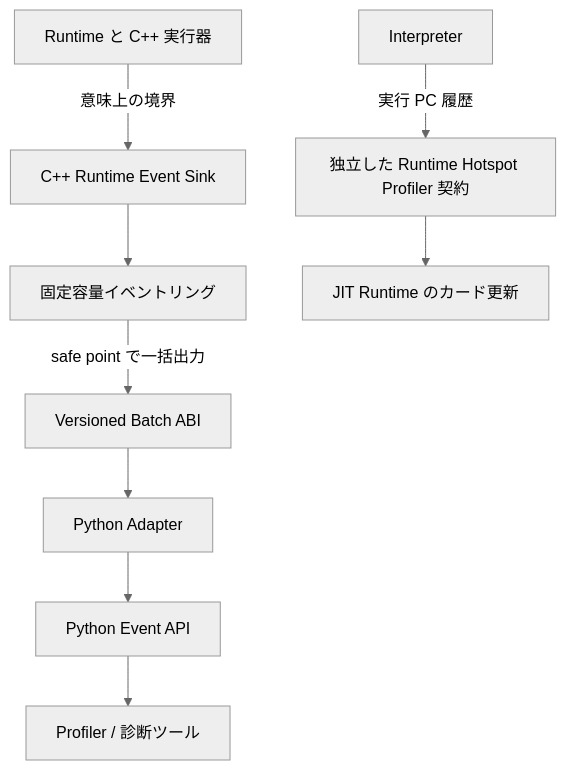
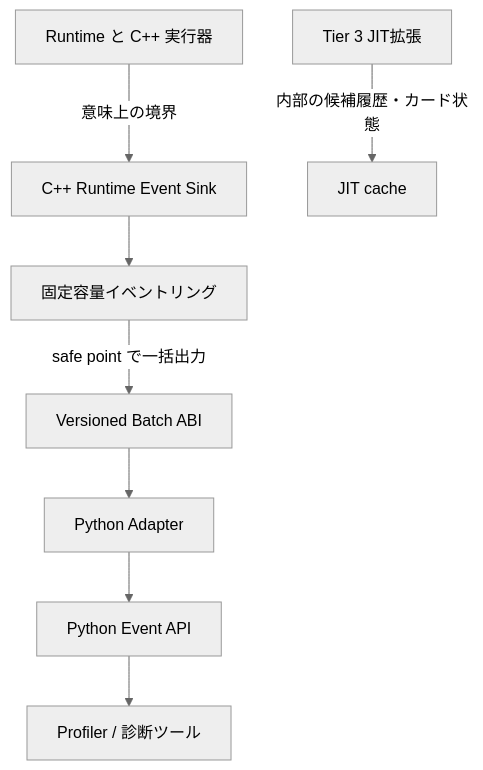
One commit to kmt-t/fireball changed the diagram in docs/components/tier2_runtime/runtime_observability.md. Above: the diagram before and after it, drawn with Mermaid (neutral theme). The commit also changed other lines of this file and 354 other files, not shown here.

````diff
--- a/docs/components/tier2_runtime/runtime_observability.md
+++ b/docs/components/tier2_runtime/runtime_observability.md
@@ -53,11 +51,10 @@
 ```mermaid
 graph TD
     Runtime[Runtime と C++ 実行器] -->|意味上の境界| CppEvents[C++ Runtime Event Sink]
     CppEvents --> CppState[固定容量イベントリング]
     CppState -->|safe point で一括出力| Bridge[Versioned Batch ABI]
     Bridge --> Adapter[Python Adapter]
     Adapter --> PythonAPI[Python Event API]
     PythonAPI --> Profiler[Profiler / 診断ツール]
-    Interpreter[Interpreter] -->|実行 PC 履歴| Hotspot[独立した Runtime Hotspot Profiler 契約]
-    Hotspot --> JITRuntime[JIT Runtime のカード更新]
+    JITRuntime[Tier 3 JIT拡張] -->|内部の候補履歴・カード状態| JITCache[JIT cache]
 ```
````
